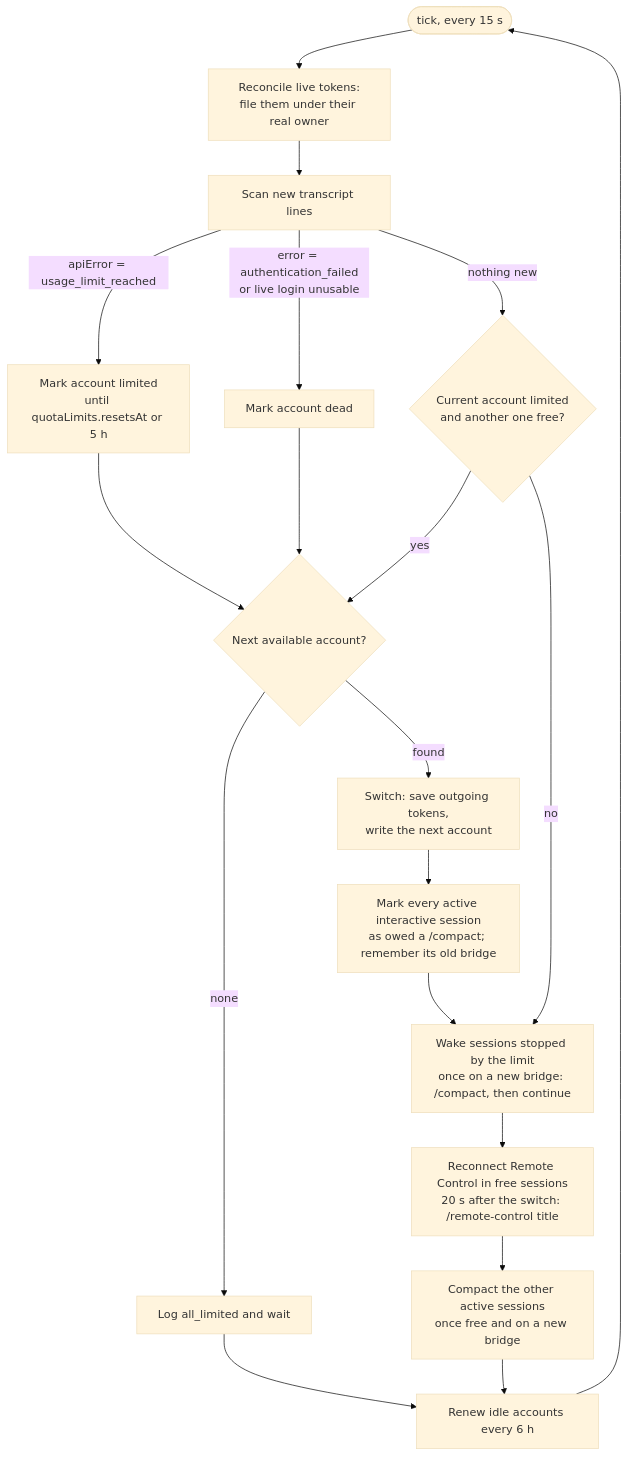
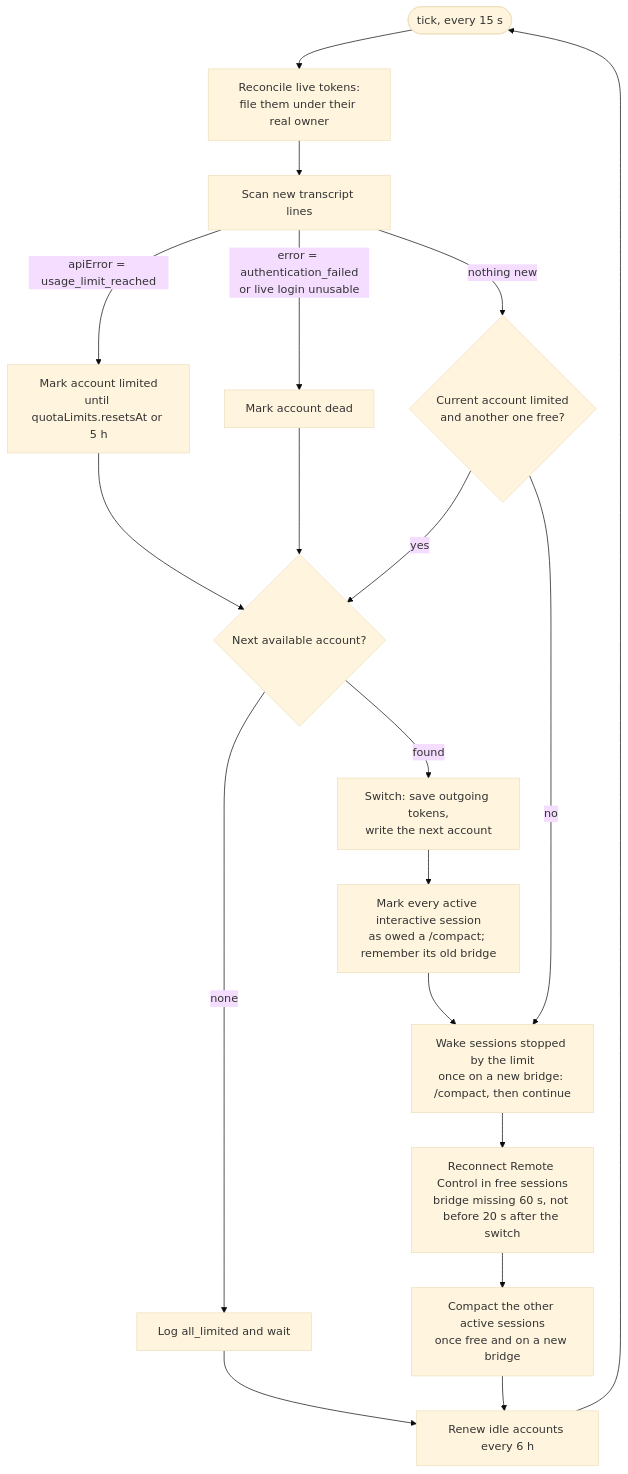
Before and after one commit to DBC-Juanma/claude-rotate: the first of 2 diagrams in README.md, drawn with Mermaid (base theme). The commit also changed other lines of this file and 2 other files, not shown here.

First line of the commit message:
Back off /remote-control retries for a bridge that never shows up and log the dialog kind

````diff
--- a/README.md
+++ b/README.md
@@ -32,21 +32,21 @@
 ```mermaid
 flowchart TD
     T([tick, every 15 s]) --> R[Reconcile live tokens:<br/>file them under their real owner]
     R --> S[Scan new transcript lines]
     S -->|apiError = usage_limit_reached| L[Mark account limited<br/>until quotaLimits.resetsAt or 5 h]
     S -->|error = authentication_failed<br/>or live login unusable| D[Mark account dead]
     S -->|nothing new| V{Current account limited<br/>and another one free?}
     L --> N{Next available account?}
     D --> N
     V -->|yes| N
     V -->|no| W
     N -->|none| A[Log all_limited and wait]
     N -->|found| SW[Switch: save outgoing tokens,<br/>write the next account]
     SW --> M[Mark every active interactive session<br/>as owed a /compact; remember its old bridge]
     M --> W[Wake sessions stopped by the limit<br/>once on a new bridge: /compact, then continue]
-    W --> RC[Reconnect Remote Control in free sessions<br/>20 s after the switch: /remote-control title]
+    W --> RC[Reconnect Remote Control in free sessions<br/>bridge missing 60 s, not before 20 s after the switch]
     RC --> SU[Compact the other active sessions<br/>once free and on a new bridge]
     SU --> RN[Renew idle accounts every 6 h]
     A --> RN
     RN --> T
 ```
````
